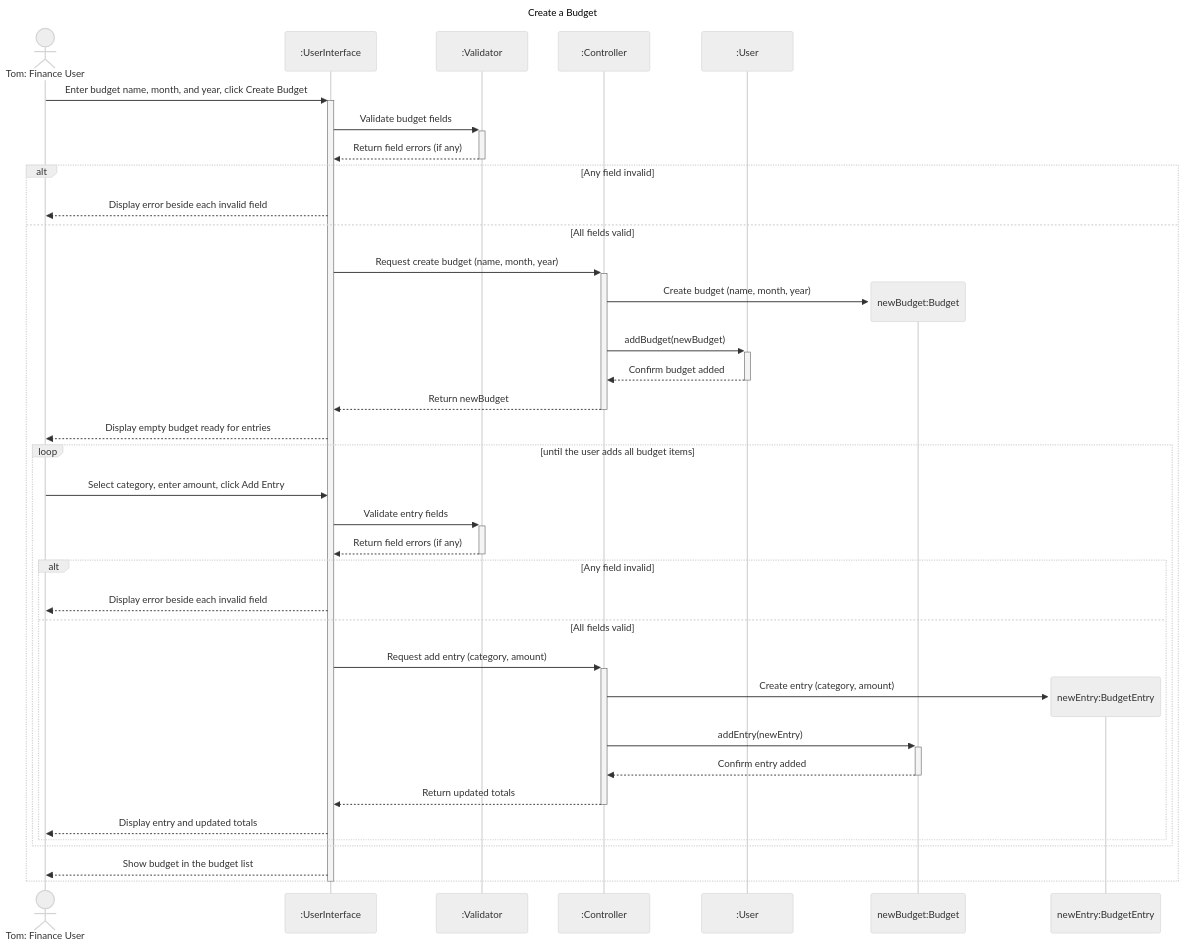
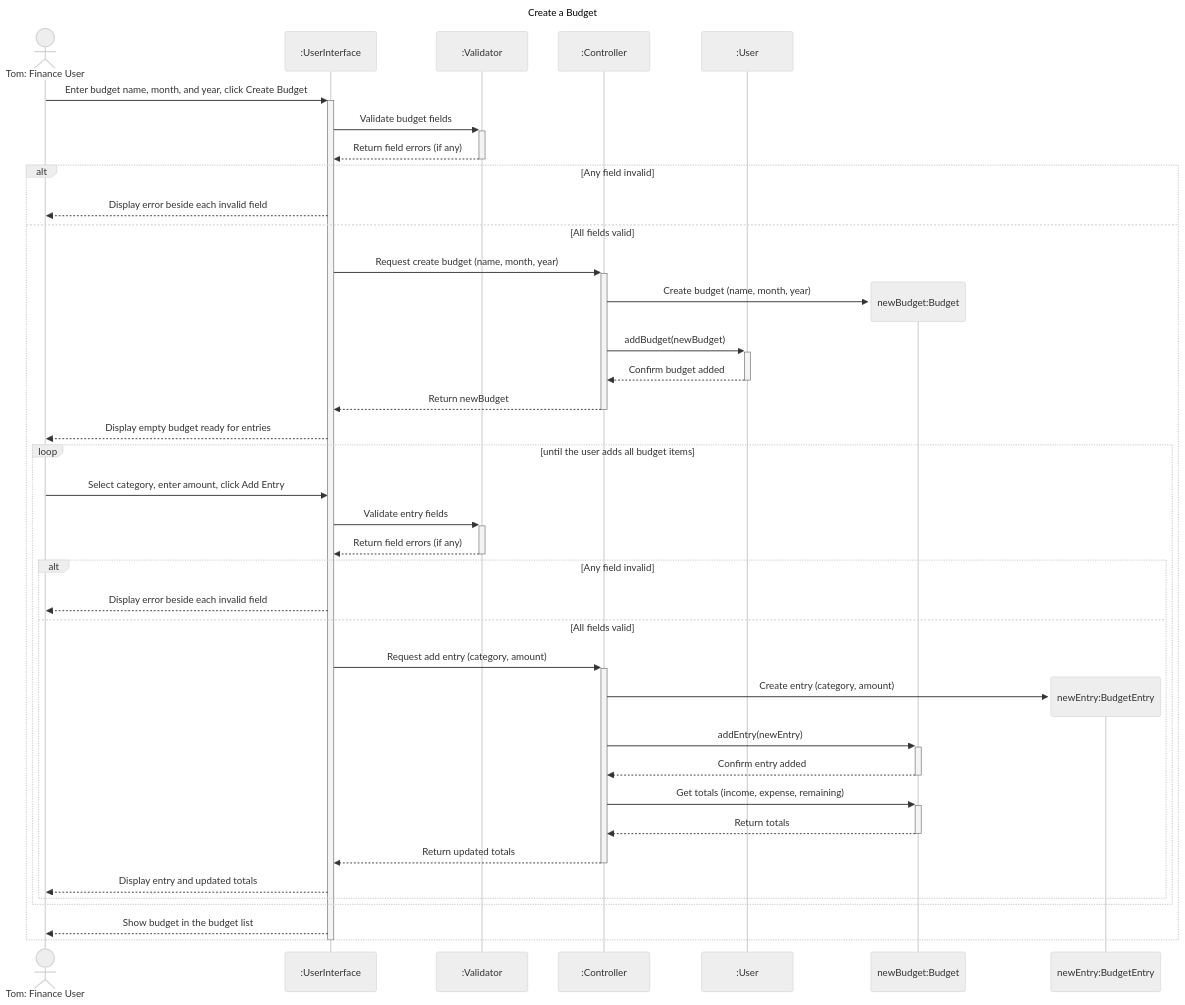
One commit to yattayattamatata/Trajectory changed the diagram in docs/architecture/current/sequenceDiagrams/3CreateABudget.mmd. Above: the diagram before and after it, drawn with Mermaid (neutral theme). The commit also changed 16 other files, not shown here.

First line of the commit message:
Create class diagrams specific to each item from IEEE Design

```diff
--- a/docs/architecture/current/sequenceDiagrams/3CreateABudget.mmd
+++ b/docs/architecture/current/sequenceDiagrams/3CreateABudget.mmd
@@ -1,44 +1,46 @@
 ---
 title: Create a Budget
 ---
 sequenceDiagram
     actor FU as Tom: Finance User
     participant UI as :UserInterface
     participant V as :Validator
     participant C as :Controller
     participant U as :User
 
     FU ->>+ UI: Enter budget name, month, and year, click Create Budget
     UI ->>+ V: Validate budget fields
     V -->>- UI: Return field errors (if any)
 
     alt Any field invalid
         UI -->> FU: Display error beside each invalid field
     else All fields valid
         UI ->>+ C: Request create budget (name, month, year)
         create participant B as newBudget:Budget
         C ->> B: Create budget (name, month, year)
         C ->>+ U: addBudget(newBudget)
         U -->>- C: Confirm budget added
         C -->>- UI: Return newBudget
         UI -->> FU: Display empty budget ready for entries
 
         loop until the user adds all budget items
             FU ->> UI: Select category, enter amount, click Add Entry
             UI ->>+ V: Validate entry fields
             V -->>- UI: Return field errors (if any)
             alt Any field invalid
                 UI -->> FU: Display error beside each invalid field
             else All fields valid
                 UI ->>+ C: Request add entry (category, amount)
                 create participant E as newEntry:BudgetEntry
                 C ->> E: Create entry (category, amount)
                 C ->>+ B: addEntry(newEntry)
                 B -->>- C: Confirm entry added
+                C ->>+ B: Get totals (income, expense, remaining)
+                B -->>- C: Return totals
                 C -->>- UI: Return updated totals
                 UI -->> FU: Display entry and updated totals
             end
         end
         UI -->> FU: Show budget in the budget list
     end
     deactivate UI
```
